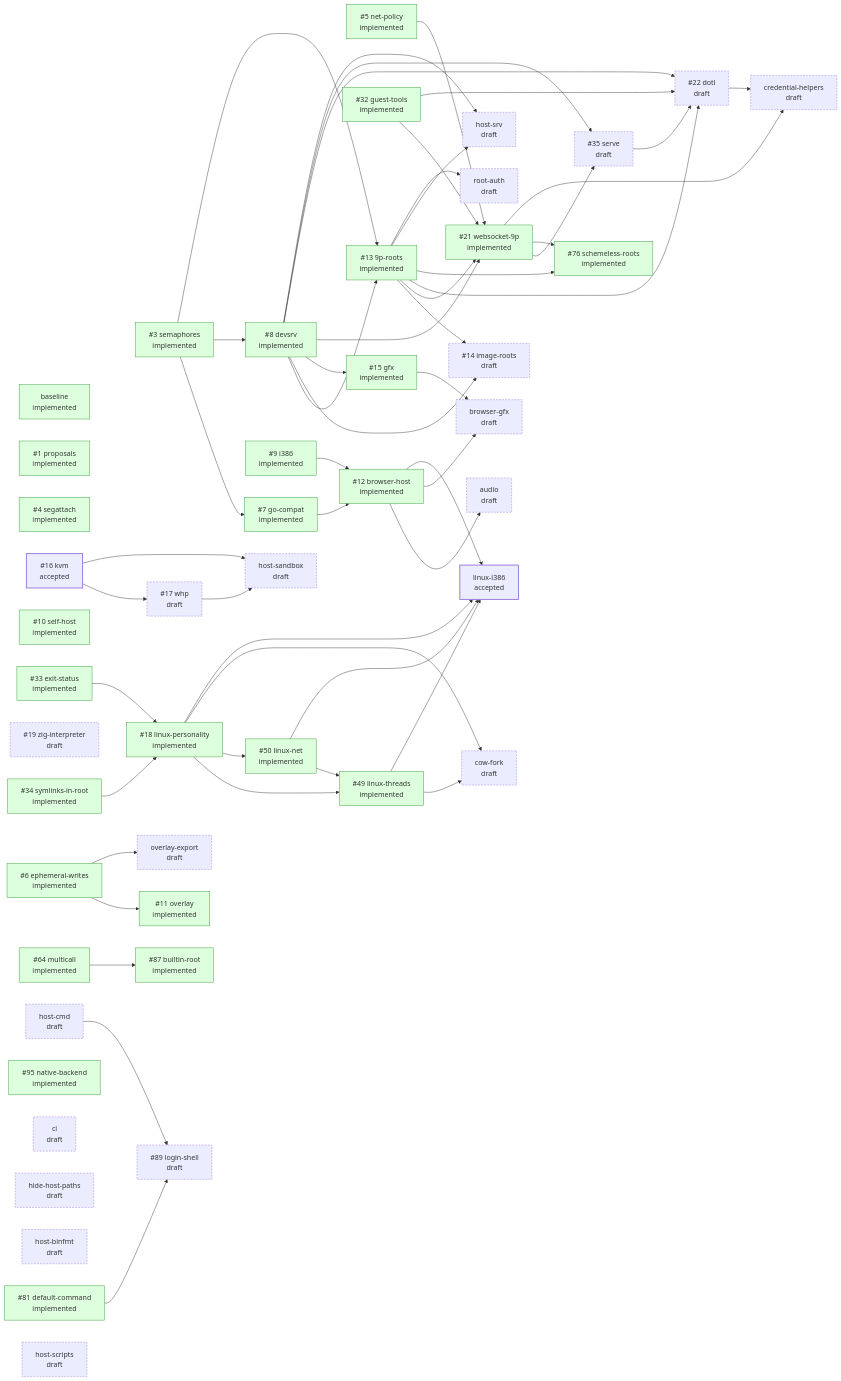
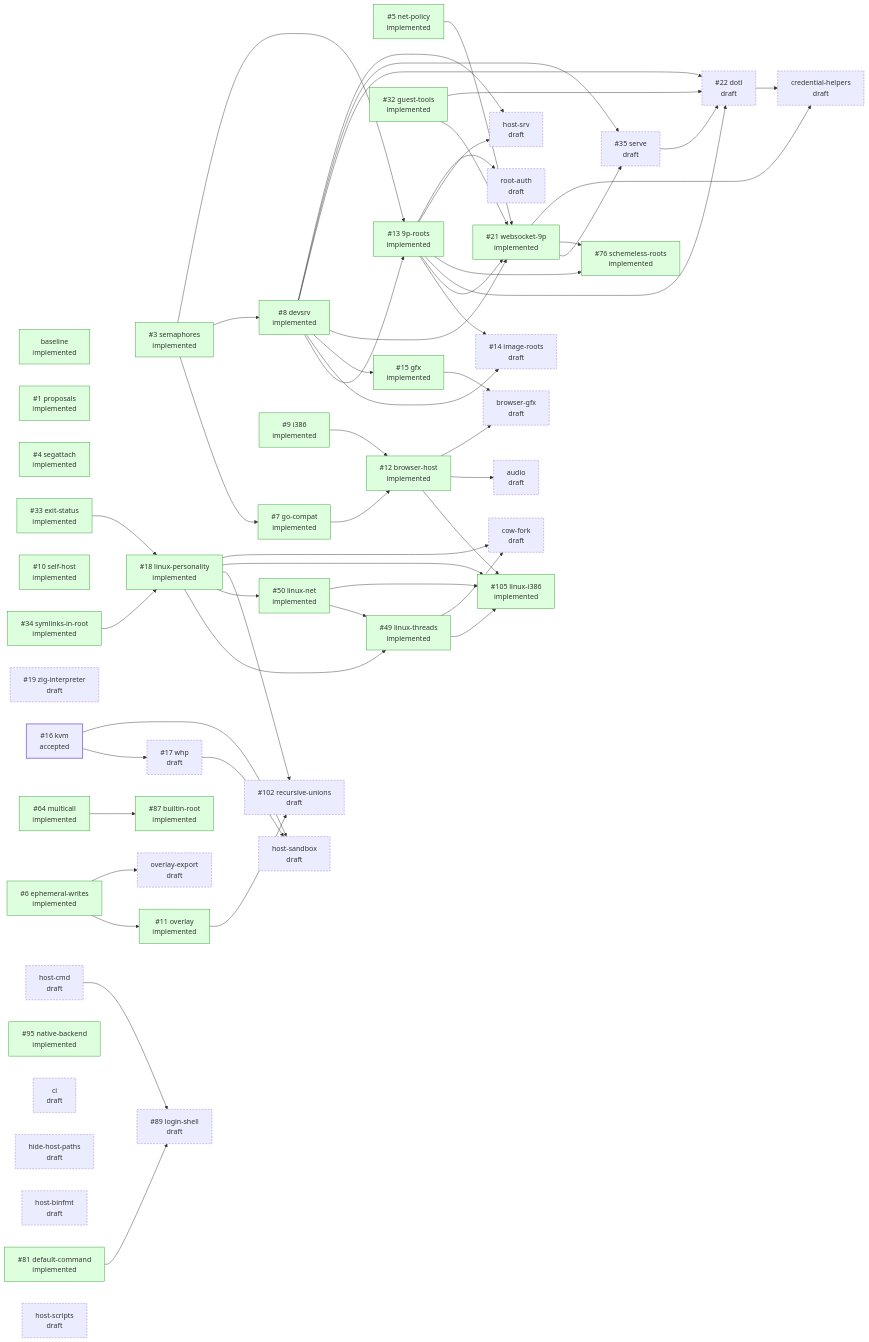
One commit to progrium/hyper9 changed the diagram in design/STATUS.md. Above: the diagram before and after it, drawn with Mermaid. The commit also changed other lines of this file, not shown here.

Commit message:
design: regenerate STATUS.md

````diff
--- a/design/STATUS.md
+++ b/design/STATUS.md
@@ -93,6 +94,8 @@
   p_builtin_root["#35;87 builtin-root<br/>implemented"]:::implemented
   p_login_shell["#35;89 login-shell<br/>draft"]:::draft
   p_native_backend["#35;95 native-backend<br/>implemented"]:::implemented
+  p_recursive_unions["#35;102 recursive-unions<br/>draft"]:::draft
+  p_linux_i386["#35;105 linux-i386<br/>implemented"]:::implemented
   p_audio["audio<br/>draft"]:::draft
   p_browser_gfx["browser-gfx<br/>draft"]:::draft
   p_ci["ci<br/>draft"]:::draft
@@ -104,7 +107,6 @@
   p_host_sandbox["host-sandbox<br/>draft"]:::draft
   p_host_scripts["host-scripts<br/>draft"]:::draft
   p_host_srv["host-srv<br/>draft"]:::draft
-  p_linux_i386["linux-i386<br/>accepted"]:::accepted
   p_overlay_export["overlay-export<br/>draft"]:::draft
   p_root_auth["root-auth<br/>draft"]:::draft
   p_semaphores --> p_go_compat
@@ -138,6 +140,12 @@
   p_multicall --> p_builtin_root
   p_default_command --> p_login_shell
   p_host_cmd --> p_login_shell
+  p_overlay --> p_recursive_unions
+  p_linux_personality --> p_recursive_unions
+  p_linux_personality --> p_linux_i386
+  p_linux_threads --> p_linux_i386
+  p_linux_net --> p_linux_i386
+  p_browser_host --> p_linux_i386
   p_browser_host --> p_audio
   p_browser_host --> p_browser_gfx
   p_gfx --> p_browser_gfx
@@ -149,10 +157,6 @@
   p_whp --> p_host_sandbox
   p_devsrv --> p_host_srv
   p_9p_roots --> p_host_srv
-  p_linux_personality --> p_linux_i386
-  p_linux_threads --> p_linux_i386
-  p_linux_net --> p_linux_i386
-  p_browser_host --> p_linux_i386
   p_ephemeral_writes --> p_overlay_export
   p_9p_roots --> p_root_auth
 ```
````
